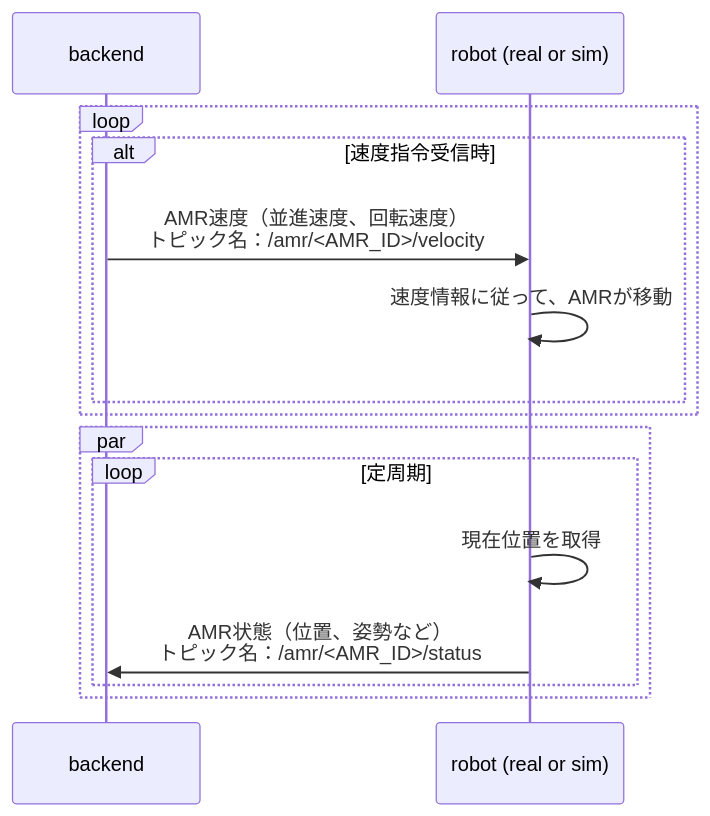
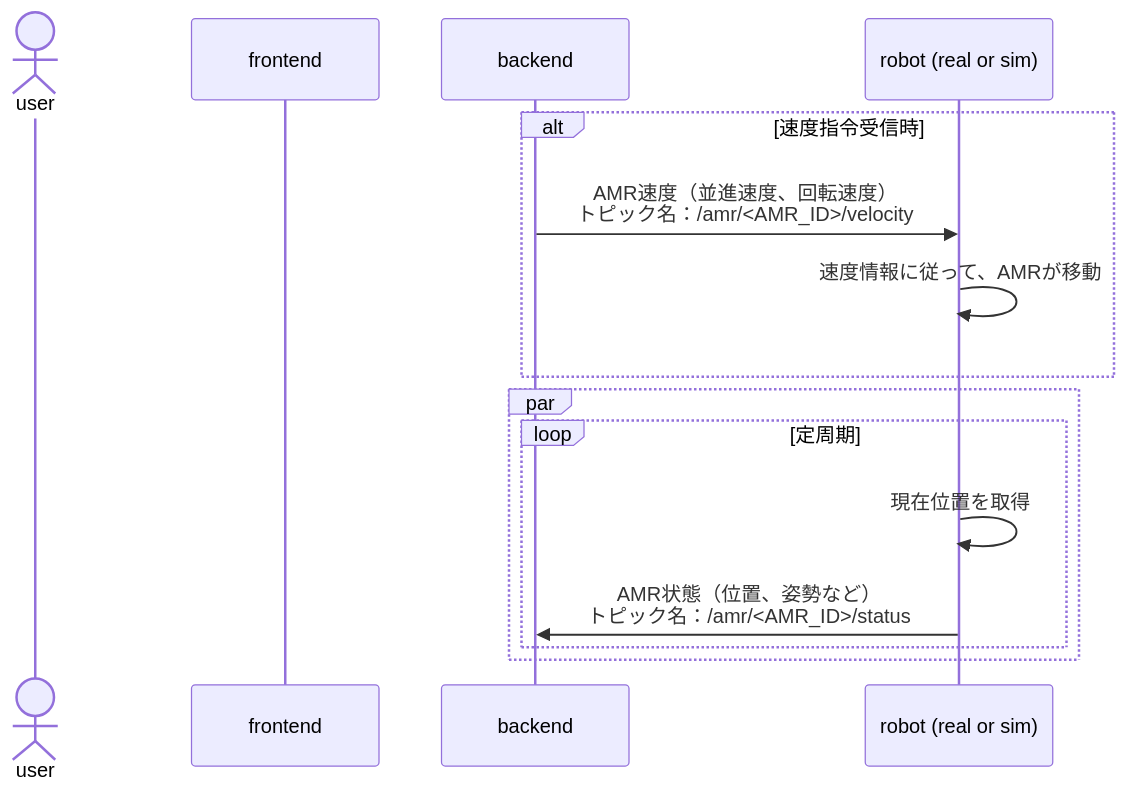
Before and after one commit to akinami3/robot-ml-web-app: the first of 10 diagrams in README.md, drawn with Mermaid. The commit also changed other lines of this file, not shown here.

````diff
--- a/README.md
+++ b/README.md
@@ -14,19 +12,19 @@
 ```mermaid
 sequenceDiagram
+  actor user as user
+  participant frontend
   participant backend
   participant robot as robot (real or sim)
 
-  loop
-    alt　速度指令受信時
-      backend ->> robot: AMR速度（並進速度、回転速度）<br>トピック名：/amr/<AMR_ID>/velocity
-      robot ->> robot: 速度情報に従って、AMRが移動
-    end
+  alt　速度指令受信時
+    backend ->> robot: AMR速度（並進速度、回転速度）<br>トピック名：/amr/<AMR_ID>/velocity
+    robot ->> robot: 速度情報に従って、AMRが移動
   end
 
   par
     loop 定周期
       robot ->> robot: 現在位置を取得
       robot ->> backend: AMR状態（位置、姿勢など）<br>トピック名：/amr/<AMR_ID>/status
     end
   end
 ```
````
